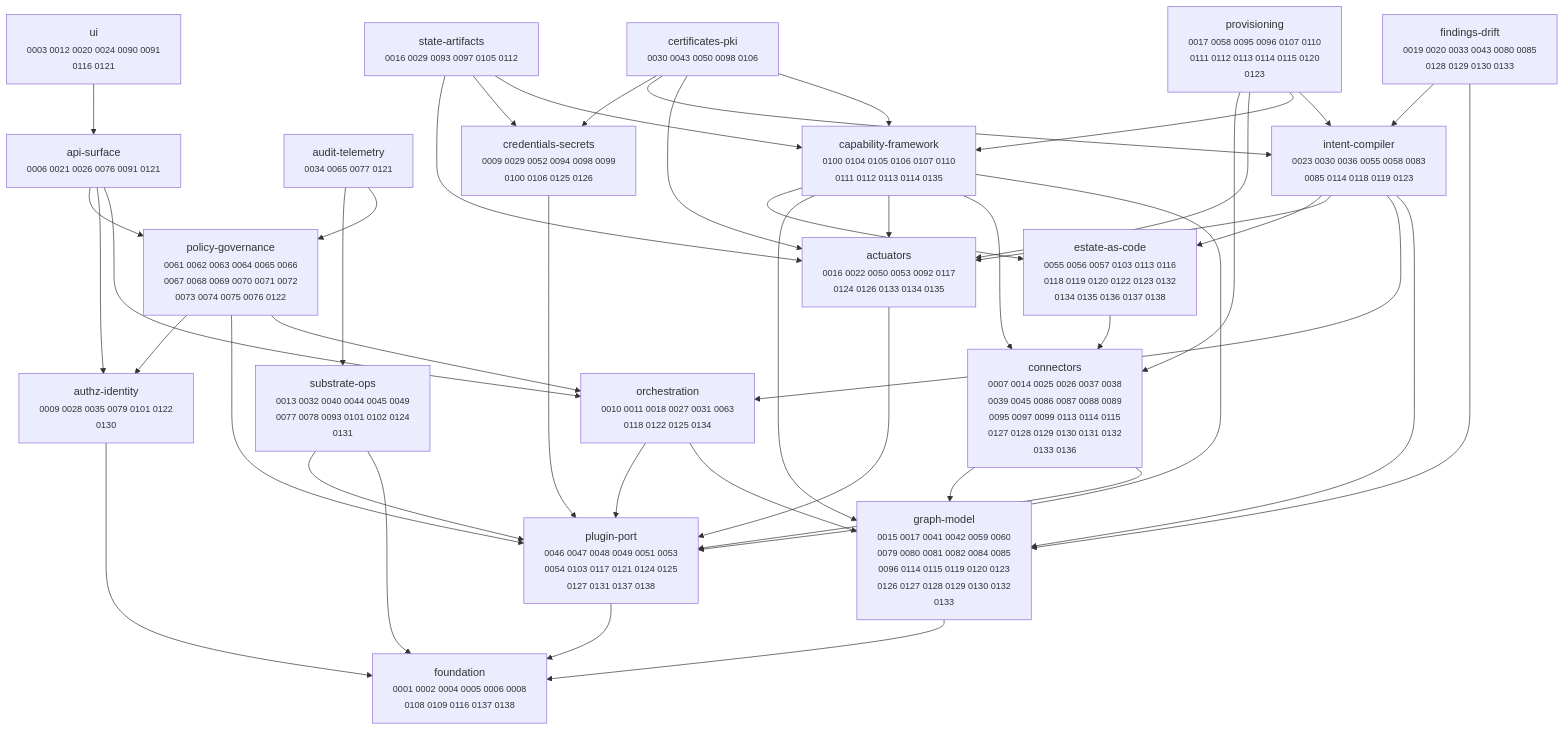
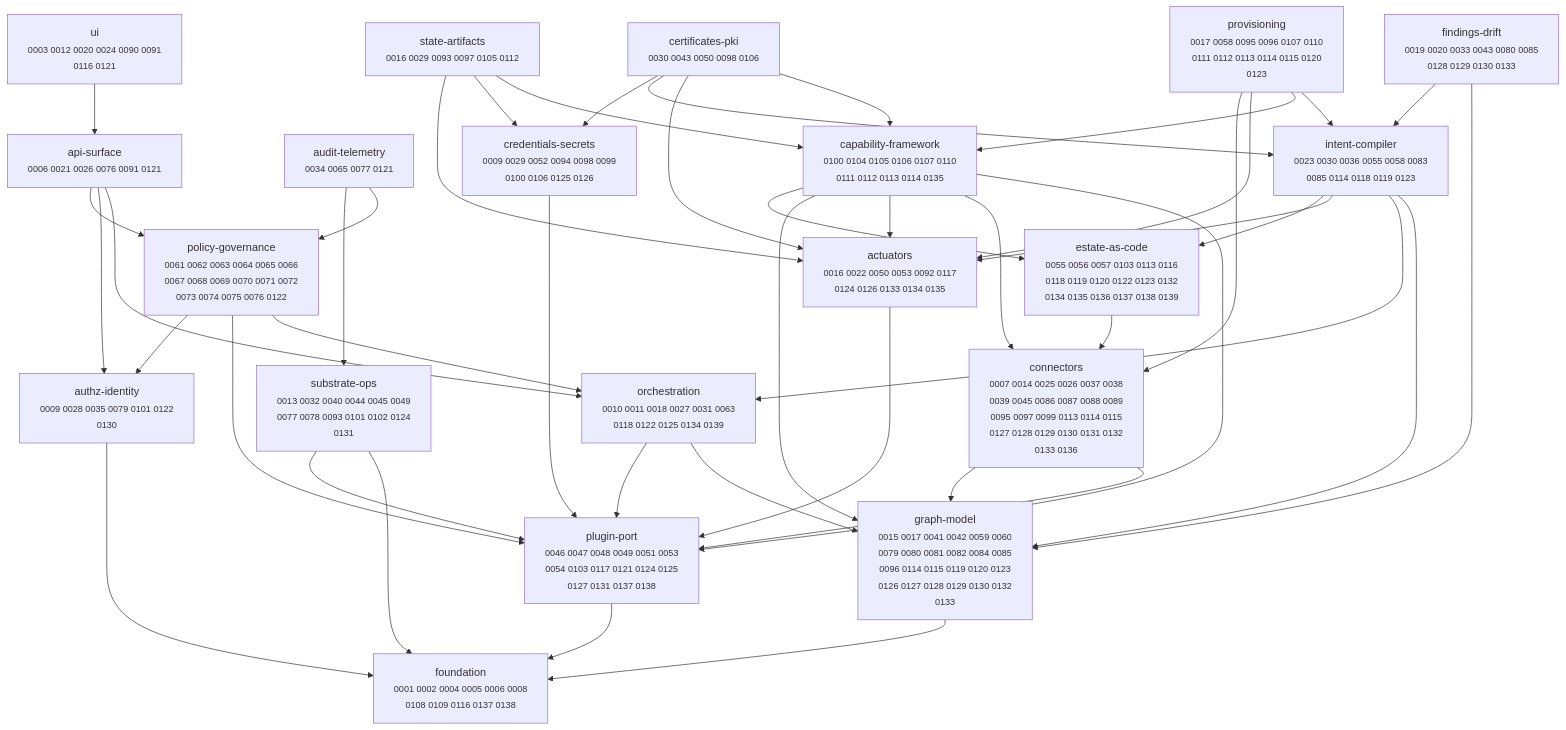
One commit to dstout-devops/stratt changed the diagram in docs/adr/MAP.md. Above: the diagram before and after it, drawn with Mermaid. The commit also changed other lines of this file and 2 other files, not shown here.

````diff
--- a/docs/adr/MAP.md
+++ b/docs/adr/MAP.md
@@ -11,67 +11,67 @@
 ```mermaid
 graph TD
   actuators["actuators<br/><small>0016 0022 0050 0053 0092 0117<br/>0124 0126 0133 0134 0135</small>"]
   api_surface["api-surface<br/><small>0006 0021 0026 0076 0091 0121</small>"]
   audit_telemetry["audit-telemetry<br/><small>0034 0065 0077 0121</small>"]
   authz_identity["authz-identity<br/><small>0009 0028 0035 0079 0101 0122<br/>0130</small>"]
   capability_framework["capability-framework<br/><small>0100 0104 0105 0106 0107 0110<br/>0111 0112 0113 0114 0135</small>"]
   certificates_pki["certificates-pki<br/><small>0030 0043 0050 0098 0106</small>"]
   connectors["connectors<br/><small>0007 0014 0025 0026 0037 0038<br/>0039 0045 0086 0087 0088 0089<br/>0095 0097 0099 0113 0114 0115<br/>0127 0128 0129 0130 0131 0132<br/>0133 0136</small>"]
   credentials_secrets["credentials-secrets<br/><small>0009 0029 0052 0094 0098 0099<br/>0100 0106 0125 0126</small>"]
-  estate_as_code["estate-as-code<br/><small>0055 0056 0057 0103 0113 0116<br/>0118 0119 0120 0122 0123 0132<br/>0134 0135 0136 0137 0138</small>"]
+  estate_as_code["estate-as-code<br/><small>0055 0056 0057 0103 0113 0116<br/>0118 0119 0120 0122 0123 0132<br/>0134 0135 0136 0137 0138 0139</small>"]
   findings_drift["findings-drift<br/><small>0019 0020 0033 0043 0080 0085<br/>0128 0129 0130 0133</small>"]
   foundation["foundation<br/><small>0001 0002 0004 0005 0006 0008<br/>0108 0109 0116 0137 0138</small>"]
   graph_model["graph-model<br/><small>0015 0017 0041 0042 0059 0060<br/>0079 0080 0081 0082 0084 0085<br/>0096 0114 0115 0119 0120 0123<br/>0126 0127 0128 0129 0130 0132<br/>0133</small>"]
   intent_compiler["intent-compiler<br/><small>0023 0030 0036 0055 0058 0083<br/>0085 0114 0118 0119 0123</small>"]
-  orchestration["orchestration<br/><small>0010 0011 0018 0027 0031 0063<br/>0118 0122 0125 0134</small>"]
+  orchestration["orchestration<br/><small>0010 0011 0018 0027 0031 0063<br/>0118 0122 0125 0134 0139</small>"]
   plugin_port["plugin-port<br/><small>0046 0047 0048 0049 0051 0053<br/>0054 0103 0117 0121 0124 0125<br/>0127 0131 0137 0138</small>"]
   policy_governance["policy-governance<br/><small>0061 0062 0063 0064 0065 0066<br/>0067 0068 0069 0070 0071 0072<br/>0073 0074 0075 0076 0122</small>"]
   provisioning["provisioning<br/><small>0017 0058 0095 0096 0107 0110<br/>0111 0112 0113 0114 0115 0120<br/>0123</small>"]
   state_artifacts["state-artifacts<br/><small>0016 0029 0093 0097 0105 0112</small>"]
   substrate_ops["substrate-ops<br/><small>0013 0032 0040 0044 0045 0049<br/>0077 0078 0093 0101 0102 0124<br/>0131</small>"]
   ui["ui<br/><small>0003 0012 0020 0024 0090 0091<br/>0116 0121</small>"]
 
   actuators --> plugin_port
   api_surface --> orchestration
   api_surface --> authz_identity
   api_surface --> policy_governance
   audit_telemetry --> policy_governance
   audit_telemetry --> substrate_ops
   authz_identity --> foundation
   capability_framework --> plugin_port
   capability_framework --> connectors
   capability_framework --> actuators
   capability_framework --> graph_model
   capability_framework --> estate_as_code
   certificates_pki --> capability_framework
   certificates_pki --> actuators
   certificates_pki --> intent_compiler
   certificates_pki --> credentials_secrets
   connectors --> plugin_port
   connectors --> graph_model
   credentials_secrets --> plugin_port
   estate_as_code --> connectors
   findings_drift --> graph_model
   findings_drift --> intent_compiler
   graph_model --> foundation
   intent_compiler --> graph_model
   intent_compiler --> orchestration
   intent_compiler --> actuators
   intent_compiler --> estate_as_code
   orchestration --> graph_model
   orchestration --> plugin_port
   plugin_port --> foundation
   policy_governance --> orchestration
   policy_governance --> plugin_port
   policy_governance --> authz_identity
   provisioning --> intent_compiler
   provisioning --> capability_framework
   provisioning --> actuators
   provisioning --> connectors
   state_artifacts --> capability_framework
   state_artifacts --> credentials_secrets
   state_artifacts --> actuators
   substrate_ops --> foundation
   substrate_ops --> plugin_port
   ui --> api_surface
 ```
````
